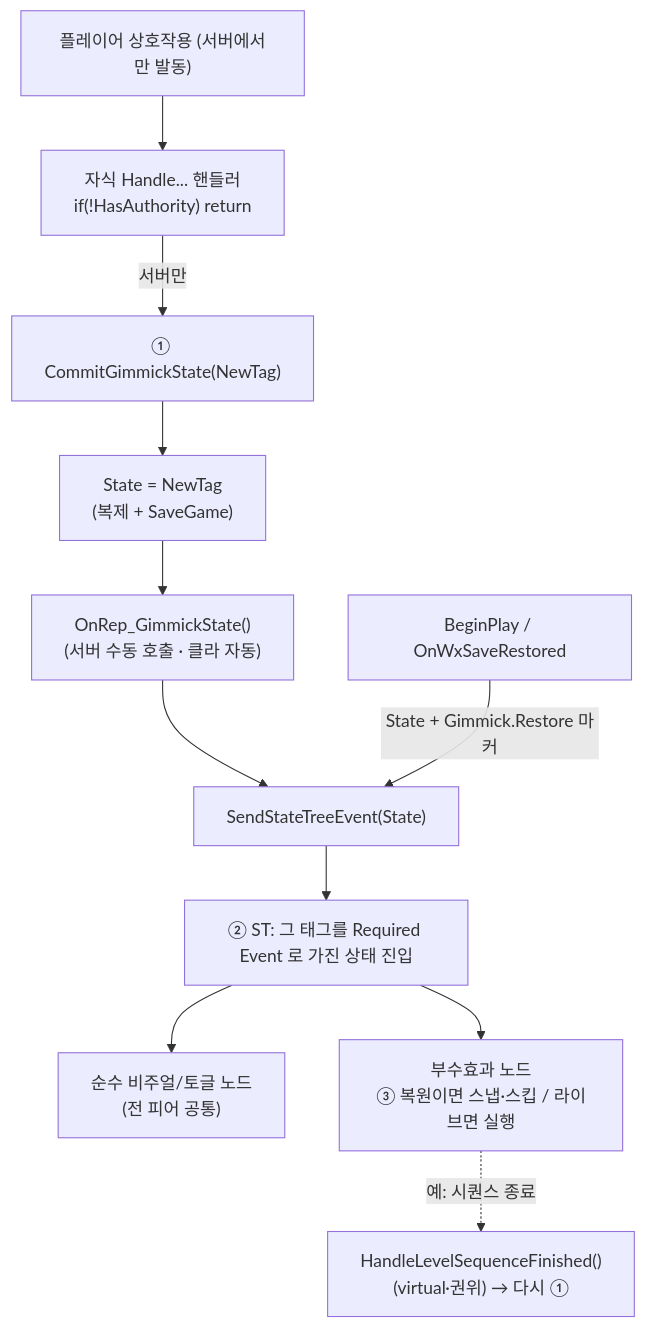
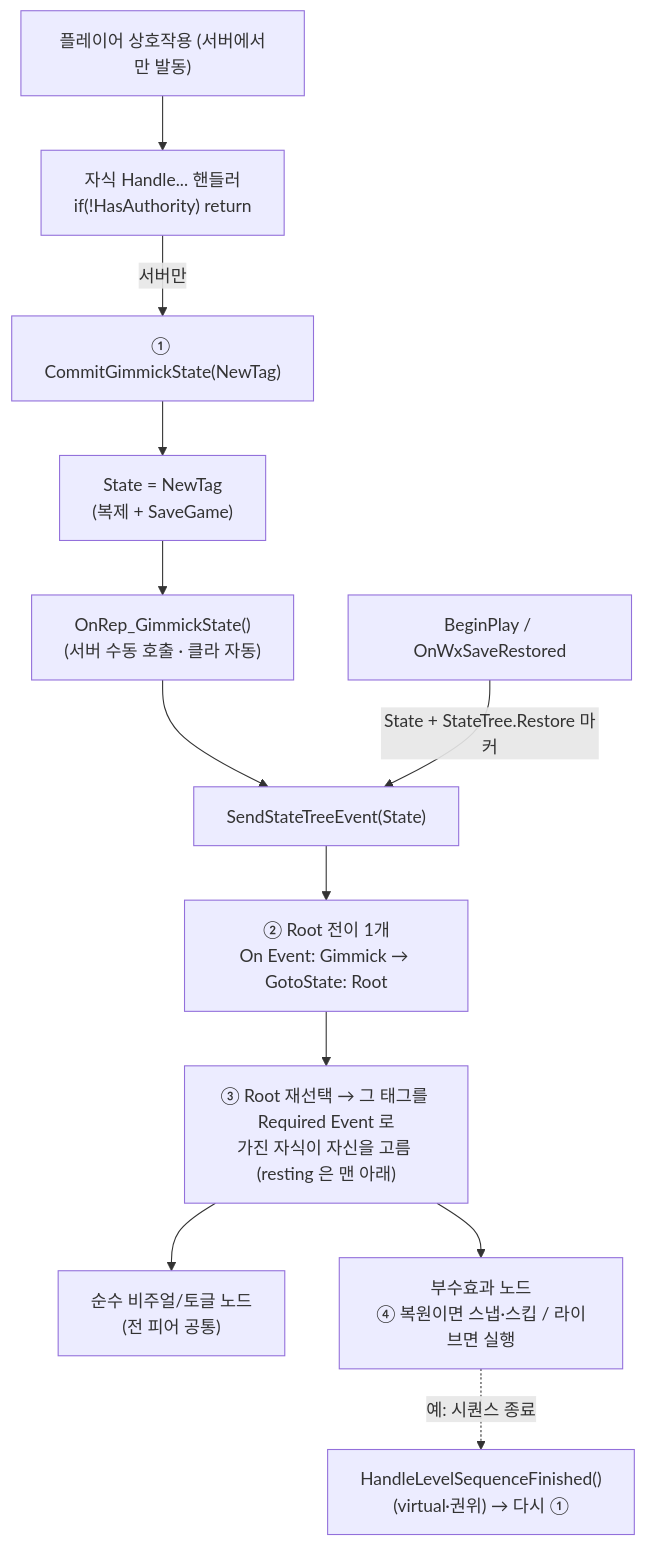
Before and after one commit to Woogl/ProjectWx: the diagram in Docs/Programmer/Gimmick_State_Authority.md, drawn with Mermaid. The commit also changed other lines of this file and 14 other files, not shown here.

First line of the commit message:
기믹 ST 복원 마커를 StateTree.Restore 로 리네임하고 Root 재선택 배선을 문서화

````diff
--- a/Docs/Programmer/Gimmick_State_Authority.md
+++ b/Docs/Programmer/Gimmick_State_Authority.md
@@ -42,14 +47,15 @@
 ```mermaid
 flowchart TD
     Input["플레이어 상호작용 (서버에서만 발동)"] --> Handle["자식 Handle... 핸들러<br/>if(!HasAuthority) return"]
     Handle -->|"서버만"| Commit["① CommitGimmickState(NewTag)"]
     Commit --> Write["State = NewTag<br/>(복제 + SaveGame)"]
     Write --> OnRep["OnRep_GimmickState()<br/>(서버 수동 호출 · 클라 자동)"]
     OnRep --> Send["SendStateTreeEvent(State)"]
-    Send --> Enter["② ST: 그 태그를 Required Event 로 가진 상태 진입"]
+    Send --> Trans["② Root 전이 1개<br/>On Event: Gimmick → GotoState: Root"]
+    Trans --> Enter["③ Root 재선택 → 그 태그를 Required Event 로<br/>가진 자식이 자신을 고름 (resting 은 맨 아래)"]
     Enter --> Pure["순수 비주얼/토글 노드<br/>(전 피어 공통)"]
-    Enter --> Side["부수효과 노드<br/>③ 복원이면 스냅·스킵 / 라이브면 실행"]
+    Enter --> Side["부수효과 노드<br/>④ 복원이면 스냅·스킵 / 라이브면 실행"]
     Side -. "예: 시퀀스 종료" .-> Cb["HandleLevelSequenceFinished()<br/>(virtual·권위) → 다시 ①"]
 
-    Restore["BeginPlay / OnWxSaveRestored"] -->|"State + Gimmick.Restore 마커"| Send
+    Restore["BeginPlay / OnWxSaveRestored"] -->|"State + StateTree.Restore 마커"| Send
 ```
````
